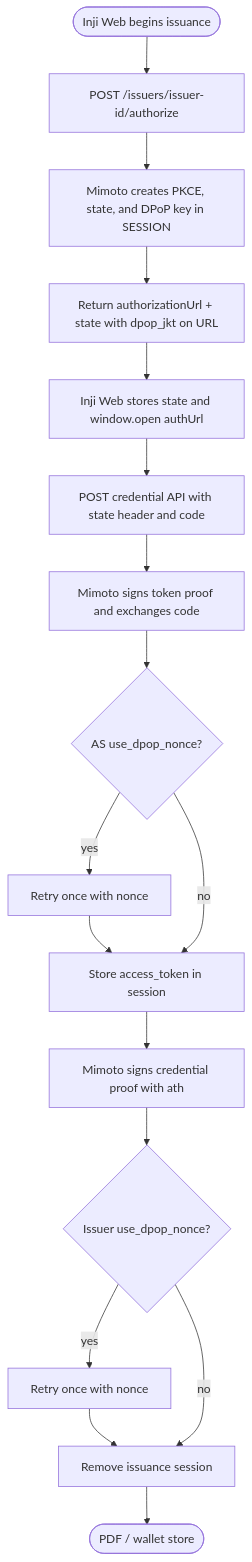
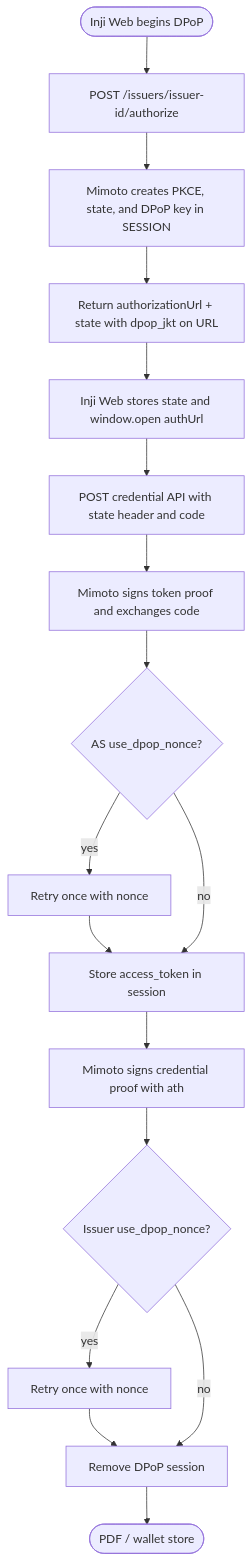
Before and after one commit to MadhuMosip/inji-web: the first of 4 diagrams in docs/dpop-support.md, drawn with Mermaid. The commit also changed other lines of this file and 4 other files, not shown here.

````diff
--- a/docs/dpop-support.md
+++ b/docs/dpop-support.md
@@ -169,19 +169,19 @@
 ```mermaid
 flowchart TD
-  A([Inji Web begins issuance]) --> B[POST /issuers/issuer-id/authorize]
+  A([Inji Web begins DPoP]) --> B[POST /issuers/issuer-id/authorize]
   B --> C[Mimoto creates PKCE, state, and DPoP key in SESSION]
   C --> D[Return authorizationUrl + state with dpop_jkt on URL]
   D --> E[Inji Web stores state and window.open authUrl]
   E --> F[POST credential API with state header and code]
   F --> G[Mimoto signs token proof and exchanges code]
   G --> H{AS use_dpop_nonce?}
   H -- yes --> I[Retry once with nonce]
   I --> J[Store access_token in session]
   H -- no --> J
   J --> K[Mimoto signs credential proof with ath]
   K --> L{Issuer use_dpop_nonce?}
   L -- yes --> M[Retry once with nonce]
-  M --> N[Remove issuance session]
+  M --> N[Remove DPoP session]
   L -- no --> N
   N --> O([PDF / wallet store])
 ```
````
